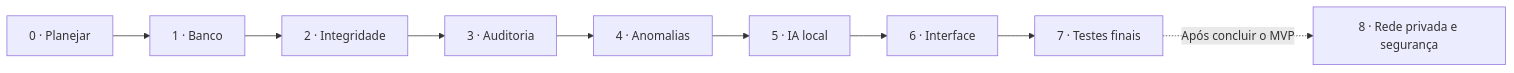
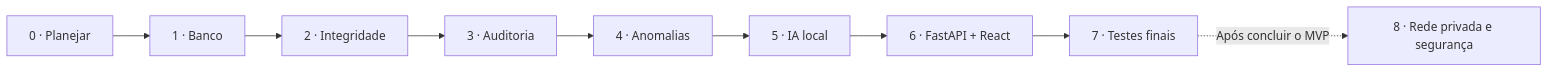
One commit to lianeheidemann/ai-privileged-access changed the diagram in docs/README.md. Above: the diagram before and after it, drawn with Mermaid. The commit also changed other lines of this file, not shown here.

Commit message:
docs: update guide index for Python FastAPI and React TypeScript stages

````diff
--- a/docs/README.md
+++ b/docs/README.md
@@ -9,11 +9,11 @@
 ```mermaid
 flowchart LR
     A["0 · Planejar"] --> B["1 · Banco"]
     B --> C["2 · Integridade"]
     C --> D["3 · Auditoria"]
     D --> E["4 · Anomalias"]
     E --> F["5 · IA local"]
-    F --> G["6 · Interface"]
+    F --> G["6 · FastAPI + React"]
     G --> H["7 · Testes finais"]
     H -. "Após concluir o MVP" .-> I["8 · Rede privada e segurança"]
 ```
````
